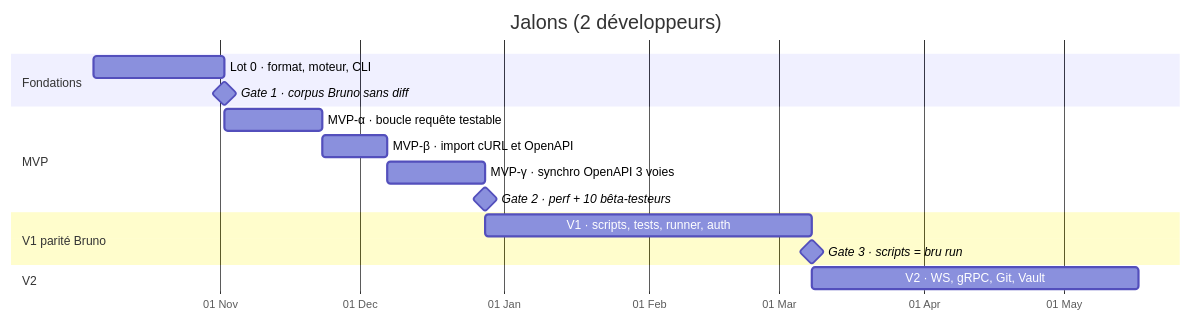
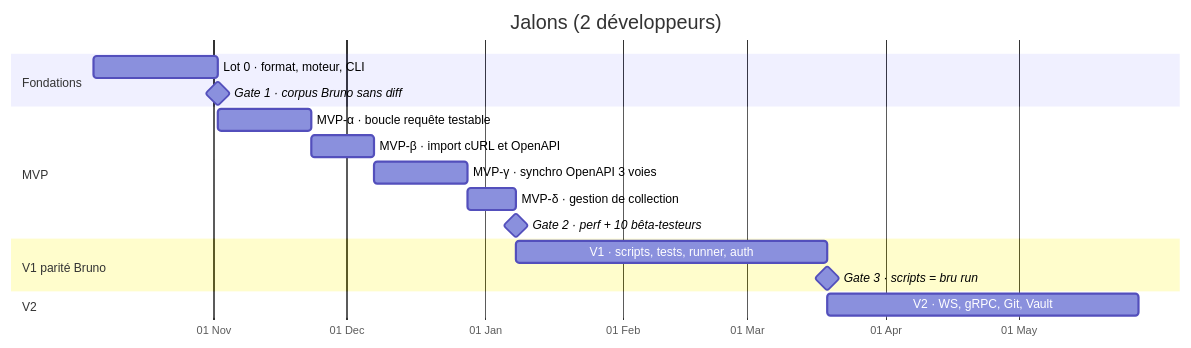
The diagram in docs/docs/roadmap.md (issadicko/sira), drawn with Mermaid before and after one commit. The commit also changed other lines of this file and 1 other file, not shown here.

First line of the commit message:
Roadmap : lot MVP-δ « gestion de collection » avant la Gate 2

````diff
--- a/docs/docs/roadmap.md
+++ b/docs/docs/roadmap.md
@@ -37,19 +38,20 @@
 ```mermaid
 gantt
     title Jalons (2 développeurs)
     dateFormat  YYYY-MM-DD
     axisFormat  %d %b
     section Fondations
     Lot 0 · format, moteur, CLI        :l0, 2026-10-05, 4w
     Gate 1 · corpus Bruno sans diff    :milestone, g1, after l0, 0d
     section MVP
     MVP-α · boucle requête testable    :ma, after l0, 3w
     MVP-β · import cURL et OpenAPI     :mb, after ma, 2w
     MVP-γ · synchro OpenAPI 3 voies    :mc, after mb, 3w
-    Gate 2 · perf + 10 bêta-testeurs   :milestone, g2, after mc, 0d
+    MVP-δ · gestion de collection      :md, after mc, 11d
+    Gate 2 · perf + 10 bêta-testeurs   :milestone, g2, after md, 0d
     section V1 parité Bruno
-    V1 · scripts, tests, runner, auth  :v1, after mc, 10w
+    V1 · scripts, tests, runner, auth  :v1, after md, 10w
     Gate 3 · scripts = bru run         :milestone, g3, after v1, 0d
     section V2
     V2 · WS, gRPC, Git, Vault          :v2, after v1, 10w
 ```
````
